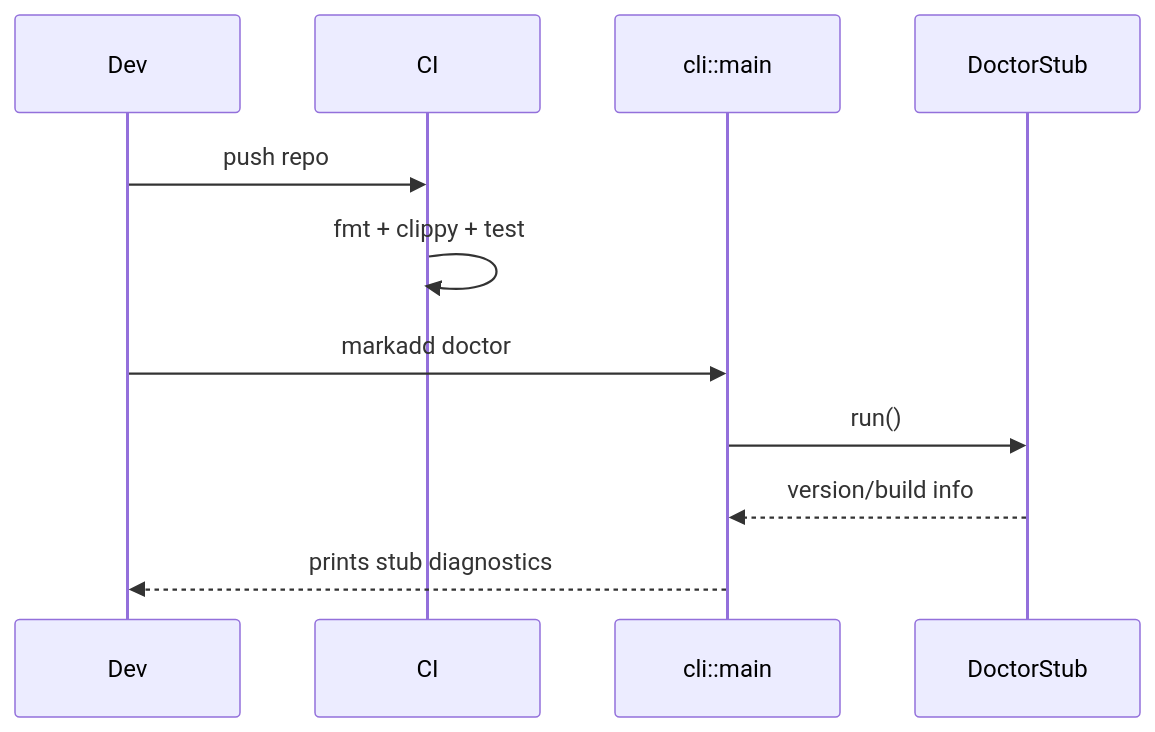
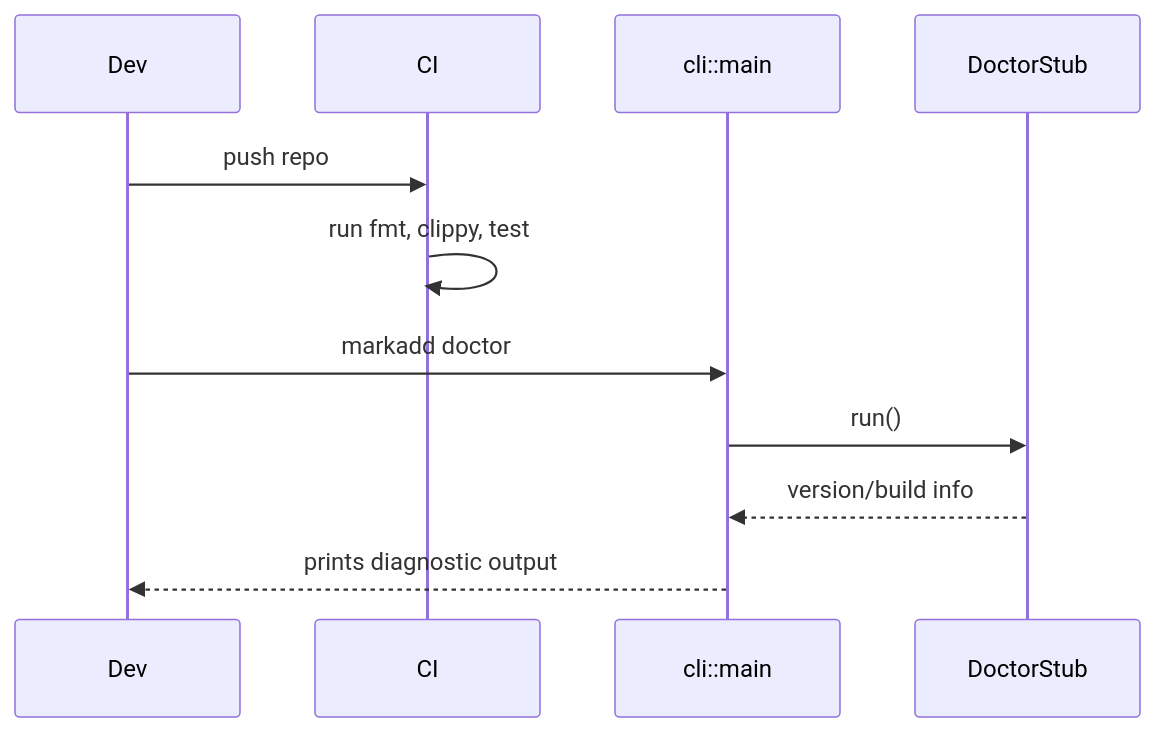
The second of 22 diagrams in docs/01_development_plan.md (agustinvalencia/mdvault), drawn with Mermaid before and after one commit. The commit also changed other lines of this file and 1 other file, not shown here.

````diff
--- a/docs/01_development_plan.md
+++ b/docs/01_development_plan.md
@@ -42,14 +48,14 @@
 ```mermaid
 sequenceDiagram
   participant Dev
   participant CI
   participant CLI as cli::main
   participant Doctor as DoctorStub
 
   Dev->>CI: push repo
-  CI->>CI: fmt + clippy + test
+  CI->>CI: run fmt, clippy, test
   Dev->>CLI: markadd doctor
   CLI->>Doctor: run()
   Doctor-->>CLI: version/build info
-  CLI-->>Dev: prints stub diagnostics
+  CLI-->>Dev: prints diagnostic output
 ```
````
